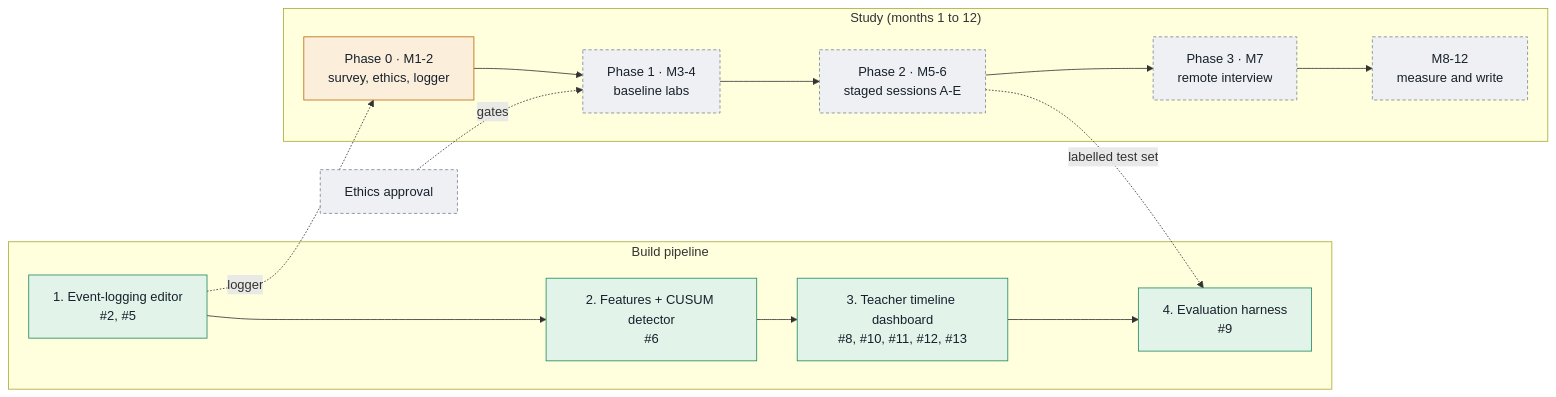
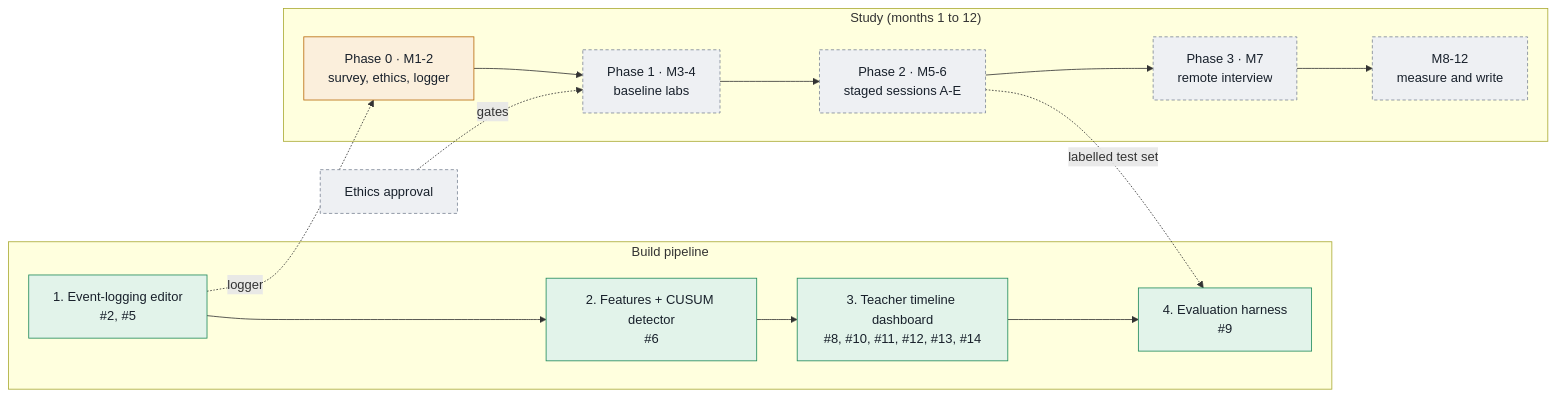
One commit to codehamster69/student-ide changed the diagram in thesis/progress/STATUS.md. Above: the diagram before and after it, drawn with Mermaid. The commit also changed other lines of this file and 37 other files, not shown here.

````diff
--- a/thesis/progress/STATUS.md
+++ b/thesis/progress/STATUS.md
@@ -14,21 +14,21 @@
 ```mermaid
 flowchart LR
   classDef done fill:#e2f3ea,stroke:#1f8a5b,color:#18202b
   classDef prog fill:#fbefdc,stroke:#b86a0b,color:#18202b
   classDef pend fill:#eef0f3,stroke:#7c8696,stroke-dasharray:4 3,color:#18202b
 
   subgraph Build["Build pipeline"]
     B1["1. Event-logging editor<br/>#2, #5"]:::done --> B2["2. Features + CUSUM detector<br/>#6"]:::done
-    B2 --> B3["3. Teacher timeline dashboard<br/>#8, #10, #11, #12, #13"]:::done --> B4["4. Evaluation harness<br/>#9"]:::done
+    B2 --> B3["3. Teacher timeline dashboard<br/>#8, #10, #11, #12, #13, #14"]:::done --> B4["4. Evaluation harness<br/>#9"]:::done
   end
 
   subgraph Study["Study (months 1 to 12)"]
     P0["Phase 0 · M1-2<br/>survey, ethics, logger"]:::prog --> P1["Phase 1 · M3-4<br/>baseline labs"]:::pend
     P1 --> P2["Phase 2 · M5-6<br/>staged sessions A-E"]:::pend --> P3["Phase 3 · M7<br/>remote interview"]:::pend
     P3 --> W["M8-12<br/>measure and write"]:::pend
   end
 
   E["Ethics approval"]:::pend -. gates .-> P1
   B1 -. logger .-> P0
   P2 -. labelled test set .-> B4
 ```
````
